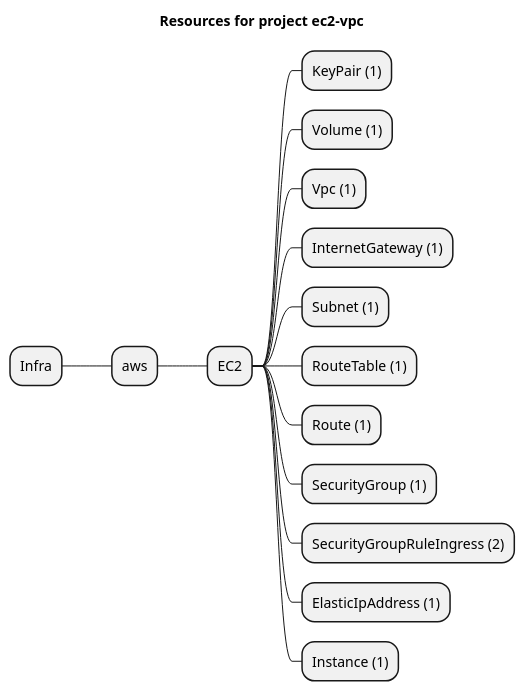
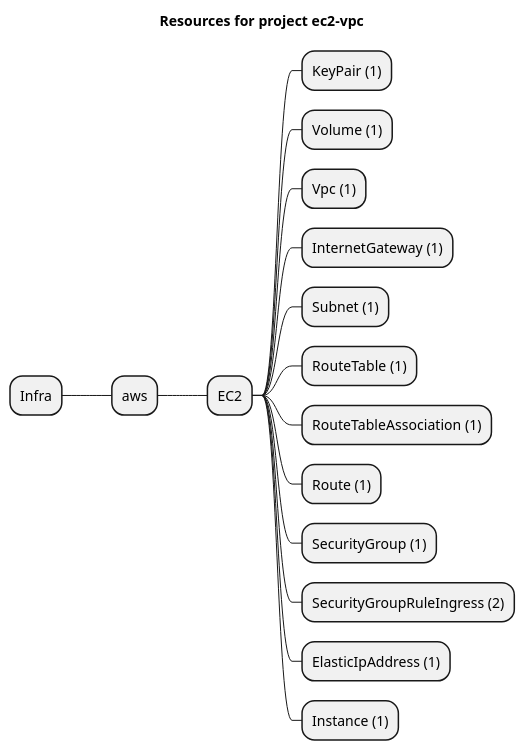
The diagram in examples/aws/ec2/ec2-vpc/artifacts/resources-mindmap.puml (grucloud/grucloud), drawn with PlantUML before and after one commit. The commit also changed 70 other files, not shown here.

Commit message:
EC2RouteTableAssociation

```diff
--- a/examples/aws/ec2/ec2-vpc/artifacts/resources-mindmap.puml
+++ b/examples/aws/ec2/ec2-vpc/artifacts/resources-mindmap.puml
@@ -1,18 +1,19 @@
 @startmindmap
 title Resources for project ec2-vpc
 skinparam monochrome true
 + Infra
 ++ aws
 +++ EC2
 ++++ KeyPair (1)
 ++++ Volume (1)
 ++++ Vpc (1)
 ++++ InternetGateway (1)
 ++++ Subnet (1)
 ++++ RouteTable (1)
+++++ RouteTableAssociation (1)
 ++++ Route (1)
 ++++ SecurityGroup (1)
 ++++ SecurityGroupRuleIngress (2)
 ++++ ElasticIpAddress (1)
 ++++ Instance (1)
 @endmindmap
```
